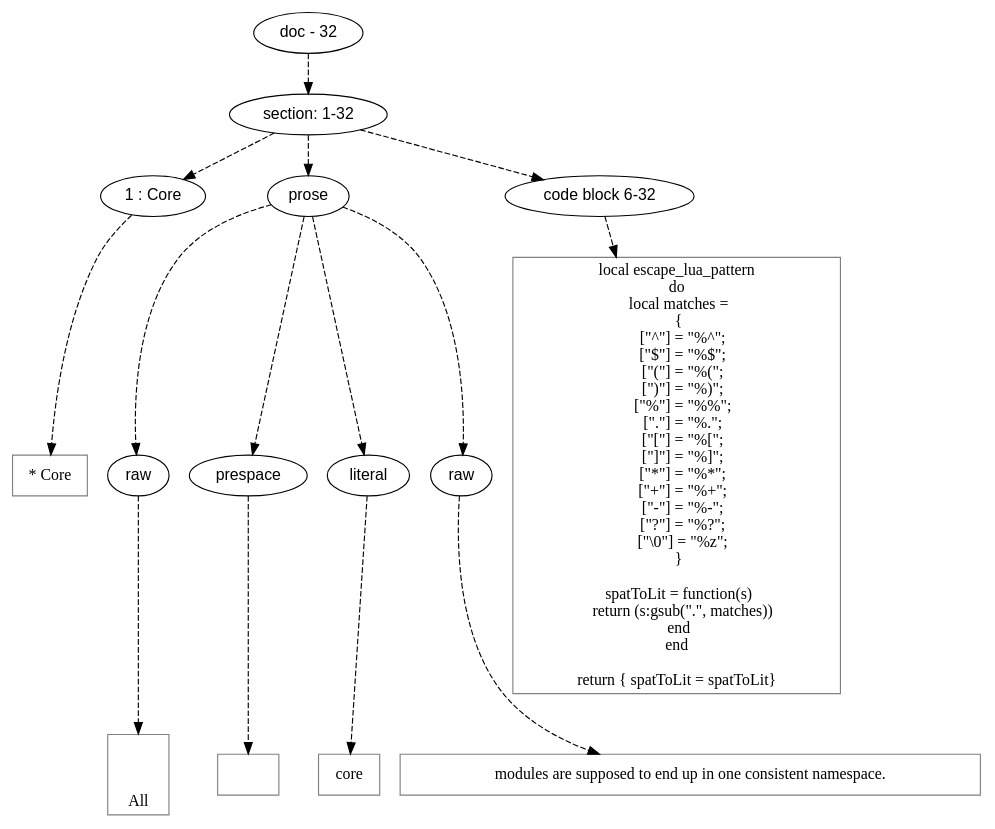
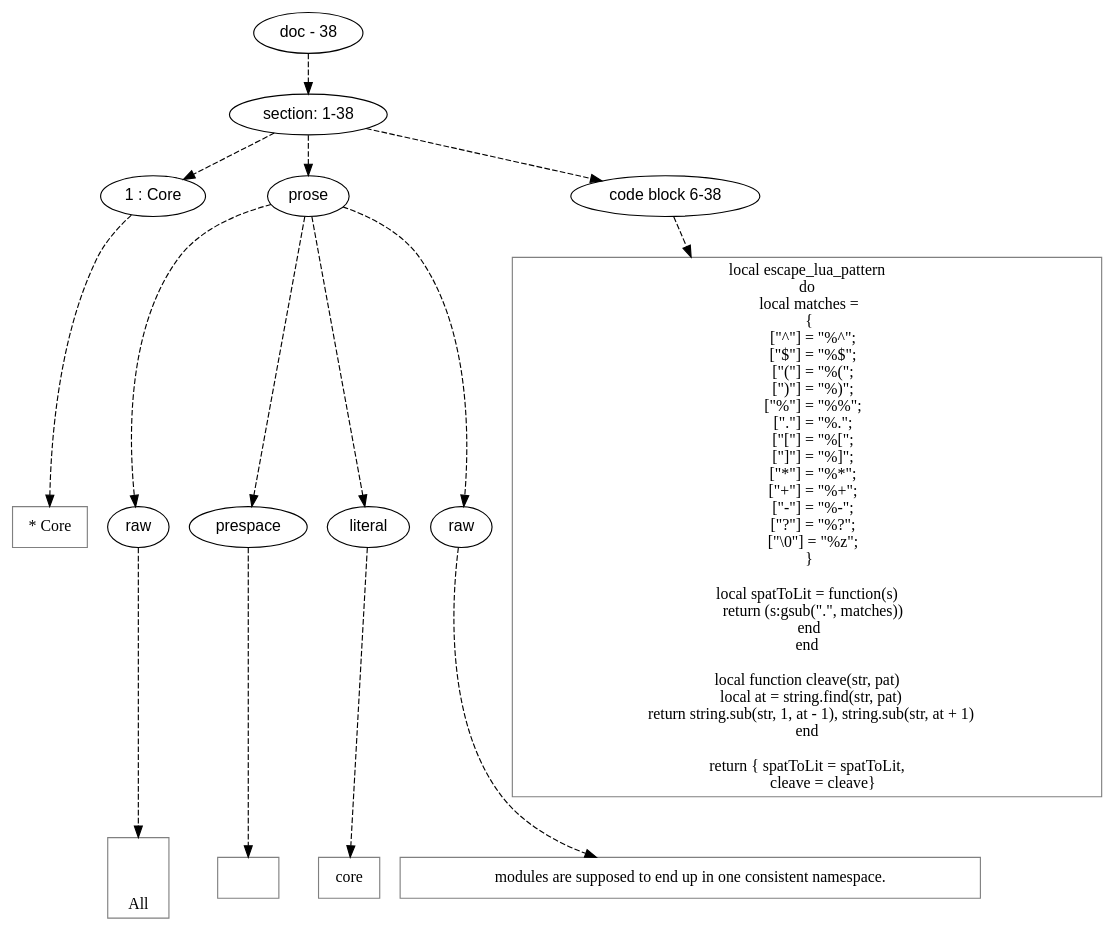
Before and after one commit to orb-lang/helm: the diagram in doc/dot/core.dot, drawn with Graphviz. The commit also changed 14 other files, not shown here.

```diff
--- a/doc/dot/core.dot
+++ b/doc/dot/core.dot
@@ -1,96 +1,102 @@
 digraph lpegNode {
 
 node [fontname=Helvetica]
 edge [style=dashed]
 
-doc_0 [label="doc - 32"]
+doc_0 [label="doc - 38"]
 
 
 doc_0 -> { section_1}
 {rank=same; section_1}
 
-section_1 [label="section: 1-32"]
+section_1 [label="section: 1-38"]
 
 
 // END RANK doc_0
 
 section_1 -> { header_2 prose_3 codeblock_4}
 {rank=same; header_2 prose_3 codeblock_4}
 
 header_2 [label="1 : Core"]
 
 prose_3 [label="prose"]
 
-codeblock_4 [label="code block 6-32"]
+codeblock_4 [label="code block 6-38"]
 
 
 // END RANK section_1
 
 header_2 -> leaf_5
 leaf_5  [color=Gray,shape=rectangle,fontname=Inconsolata,label="* Core"]
 // END RANK header_2
 
 prose_3 -> { raw_6 prespace_7 literal_8 raw_9}
 {rank=same; raw_6 prespace_7 literal_8 raw_9}
 
 raw_6 [label="raw"]
 
 prespace_7 [label="prespace"]
 
 literal_8 [label="literal"]
 
 raw_9 [label="raw"]
 
 
 // END RANK prose_3
 
 raw_6 -> leaf_10
 leaf_10  [color=Gray,shape=rectangle,fontname=Inconsolata,label="
 
 
 All"]
 // END RANK raw_6
 
 prespace_7 -> leaf_11
 leaf_11  [color=Gray,shape=rectangle,fontname=Inconsolata,label=" "]
 // END RANK prespace_7
 
 literal_8 -> leaf_12
 leaf_12  [color=Gray,shape=rectangle,fontname=Inconsolata,label="core"]
 // END RANK literal_8
 
 raw_9 -> leaf_13
 leaf_13  [color=Gray,shape=rectangle,fontname=Inconsolata,label=" modules are supposed to end up in one consistent namespace.
 "]
 // END RANK raw_9
 
 codeblock_4 -> leaf_14
 leaf_14  [color=Gray,shape=rectangle,fontname=Inconsolata,label="local escape_lua_pattern
 do
   local matches =
   {
     [\"^\"] = \"%^\";
     [\"$\"] = \"%$\";
     [\"(\"] = \"%(\";
     [\")\"] = \"%)\";
     [\"%\"] = \"%%\";
     [\".\"] = \"%.\";
     [\"[\"] = \"%[\";
     [\"]\"] = \"%]\";
     [\"*\"] = \"%*\";
     [\"+\"] = \"%+\";
     [\"-\"] = \"%-\";
     [\"?\"] = \"%?\";
     [\"\\0\"] = \"%z\";
   }
 
-  spatToLit = function(s)
+local spatToLit = function(s)
     return (s:gsub(\".\", matches))
   end
 end
 
-return { spatToLit = spatToLit}"]
+local function cleave(str, pat)
+   local at = string.find(str, pat)
+   return string.sub(str, 1, at - 1), string.sub(str, at + 1)
+end
+
+return { spatToLit = spatToLit,
+         cleave = cleave}"]
 // END RANK codeblock_4
 
 
 }
```
